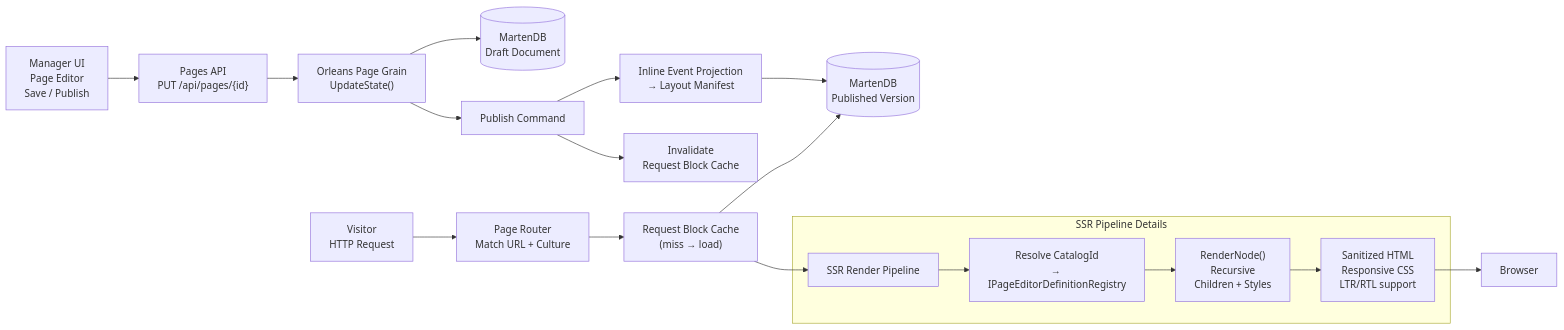
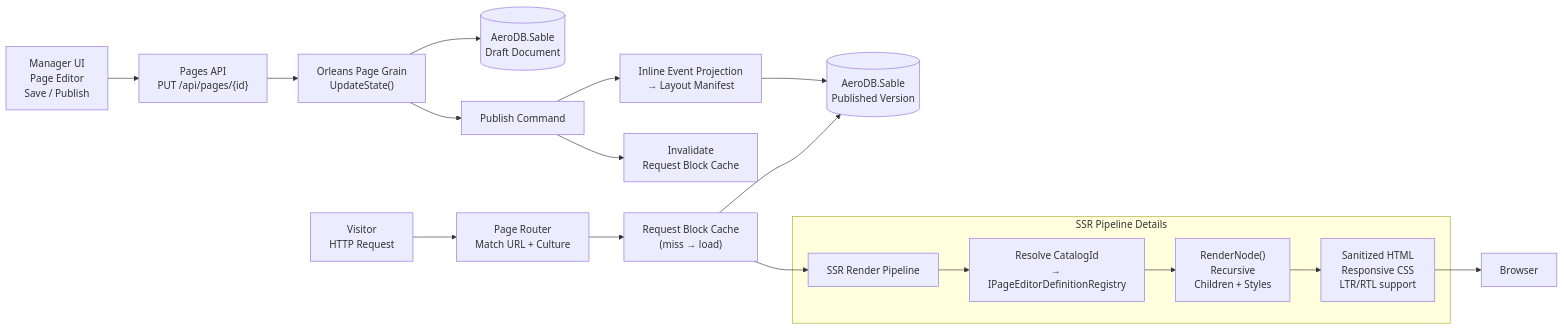
The ninth of 9 diagrams in docs/architecture/page-editor-architecture.md (microbian-systems/AeroCMS), drawn with Mermaid before and after one commit. The commit also changed other lines of this file and 96 other files, not shown here.

````diff
--- a/docs/architecture/page-editor-architecture.md
+++ b/docs/architecture/page-editor-architecture.md
@@ -411,25 +411,25 @@
 ```mermaid
 flowchart LR
     MANAGER["Manager UI\nPage Editor\nSave / Publish"] --> API["Pages API\nPUT /api/pages/{id}"]
 
     API --> PG["Orleans Page Grain\nUpdateState()"]
-    PG --> MDB1[("MartenDB\nDraft Document")]
+    PG --> MDB1[("AeroDB.Sable\nDraft Document")]
     PG --> PUB["Publish Command"]
 
     PUB --> PROJ["Inline Event Projection\n→ Layout Manifest"]
-    PROJ --> MDB2[("MartenDB\nPublished Version")]
+    PROJ --> MDB2[("AeroDB.Sable\nPublished Version")]
     PUB --> CACHE["Invalidate\nRequest Block Cache"]
 
     VISITOR["Visitor\nHTTP Request"] --> ROUTER["Page Router\nMatch URL + Culture"]
     ROUTER --> CACHE2["Request Block Cache\n(miss → load)"]
     CACHE2 --> MDB2
     CACHE2 --> RENDER["SSR Render Pipeline"]
 
     subgraph SSR["SSR Pipeline Details"]
         RENDER --> RESOLVE["Resolve CatalogId\n→ IPageEditorDefinitionRegistry"]
         RESOLVE --> RENDER_NODE["RenderNode()\nRecursive\nChildren + Styles"]
         RENDER_NODE --> EMIT["Sanitized HTML\nResponsive CSS\nLTR/RTL support"]
     end
 
     EMIT --> BROWSER["Browser"]
 ```
````
